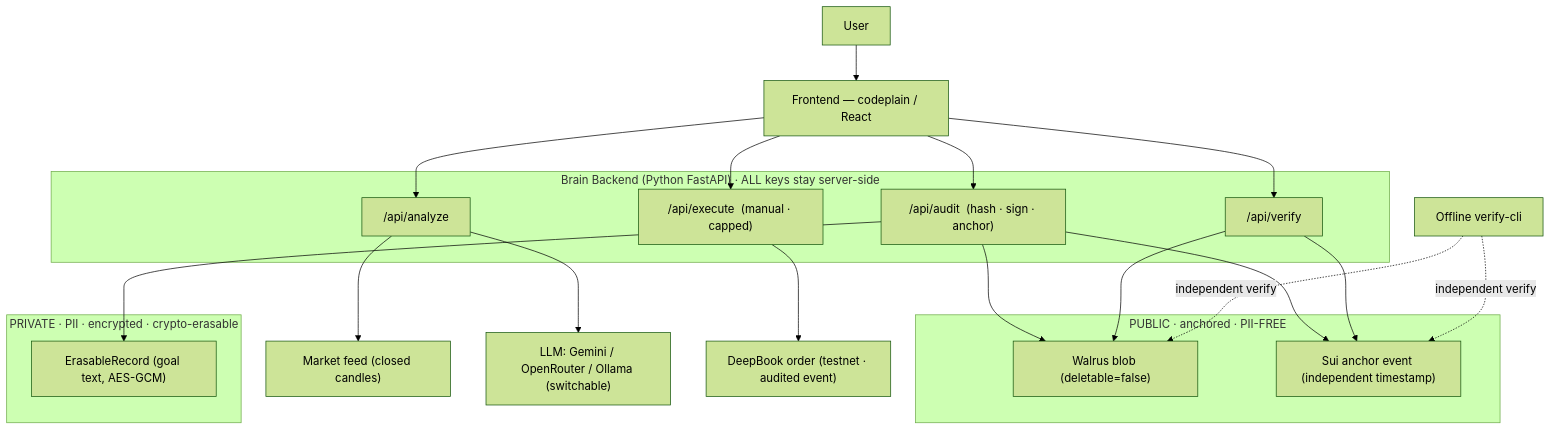
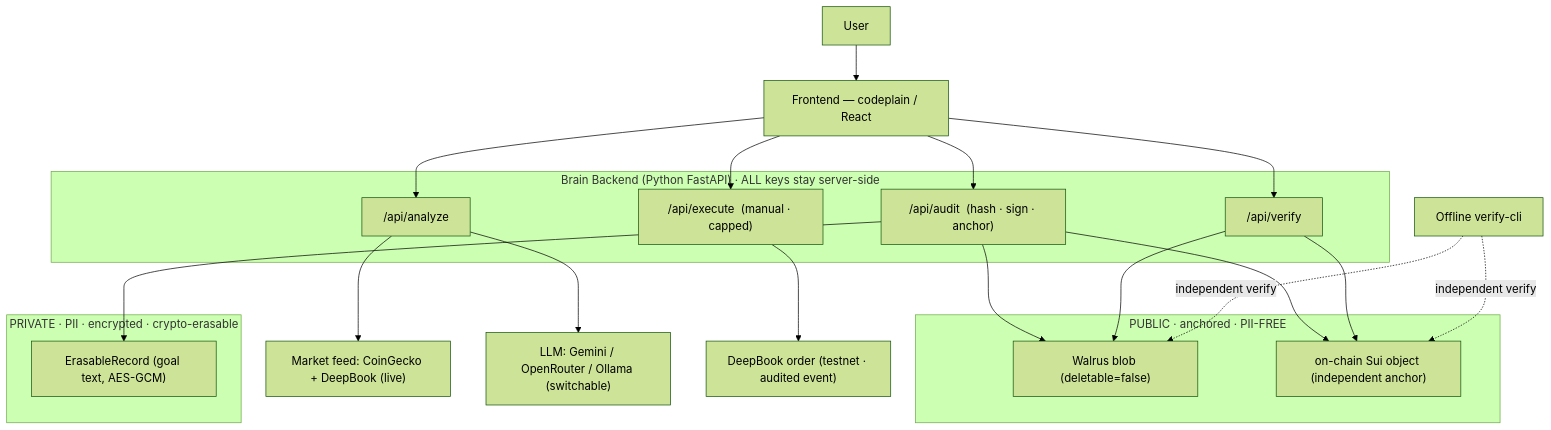
The second of 4 diagrams in DESIGN.md (supawichza40/glassbox), drawn with Mermaid (forest theme) before and after one commit. The commit also changed other lines of this file and 12 other files, not shown here.

First line of the commit message:
docs: full sweep to latest build (live DeepBook, on-chain Sui object anchor, relevance gate, interactive tamper, 100 tests)

````diff
--- a/DESIGN.md
+++ b/DESIGN.md
@@ -76,37 +76,37 @@
 ```mermaid
 flowchart TB
     U["User"] --> FE["Frontend — codeplain / React"]
 
     subgraph BRAIN["Brain Backend (Python FastAPI) · ALL keys stay server-side"]
         AN["/api/analyze"]
         AU["/api/audit  (hash · sign · anchor)"]
         VE["/api/verify"]
         EX["/api/execute  (manual · capped)"]
     end
 
     FE --> AN
     FE --> AU
     FE --> VE
     FE --> EX
 
-    AN --> MK["Market feed (closed candles)"]
+    AN --> MK["Market feed: CoinGecko + DeepBook (live)"]
     AN --> LLM["LLM: Gemini / OpenRouter / Ollama (switchable)"]
 
     subgraph PUBLIC["PUBLIC · anchored · PII-FREE"]
         WAL["Walrus blob (deletable=false)"]
-        ANC["Sui anchor event (independent timestamp)"]
+        ANC["on-chain Sui object (independent anchor)"]
     end
 
     subgraph PRIVATE["PRIVATE · PII · encrypted · crypto-erasable"]
         ER["ErasableRecord (goal text, AES-GCM)"]
     end
 
     AU --> WAL
     AU --> ANC
     AU --> ER
     VE --> WAL
     VE --> ANC
     EX --> DB["DeepBook order (testnet · audited event)"]
     CLI["Offline verify-cli"] -. independent verify .-> WAL
     CLI -. independent verify .-> ANC
 ```
````
